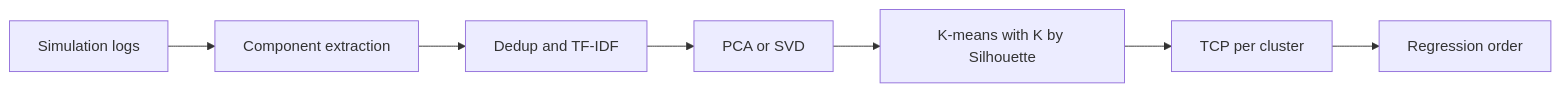
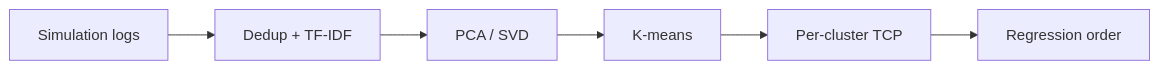
One commit to nemo99007/yt-paper changed the diagram in docs/papers/ref-20261018-bdff-finding-a-needle-in-a-haystack-a-novel-log-analysis-method-w.md. Above: the diagram before and after it, drawn with Mermaid. The commit also changed other lines of this file and 172 other files, not shown here.

````diff
--- a/docs/papers/ref-20261018-bdff-finding-a-needle-in-a-haystack-a-novel-log-analysis-method-w.md
+++ b/docs/papers/ref-20261018-bdff-finding-a-needle-in-a-haystack-a-novel-log-analysis-method-w.md
@@ -199,9 +186,8 @@
 ```mermaid
 flowchart LR
-  A[Simulation logs] --> B[Component extraction]
-  B --> C[Dedup and TF-IDF]
-  C --> D[PCA or SVD]
-  D --> E[K-means with K by Silhouette]
-  E --> F[TCP per cluster]
-  F --> G[Regression order]
+  A[Simulation logs] --> B[Dedup + TF-IDF]
+  B --> C[PCA / SVD]
+  C --> D[K-means]
+  D --> E[Per-cluster TCP]
+  E --> F[Regression order]
 ```
````
